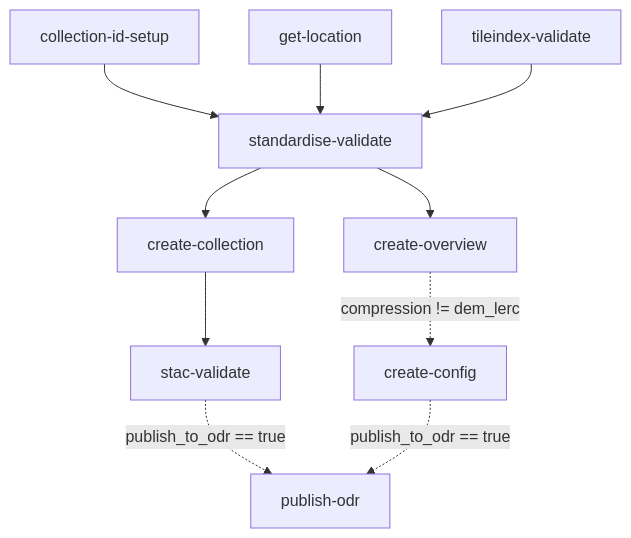
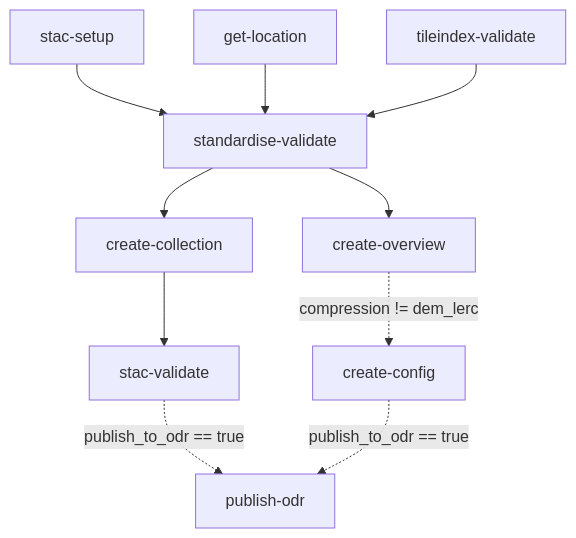
One commit to linz/topo-workflows changed the first of 3 diagrams in workflows/raster/README.md. Above: the diagram before and after it, drawn with Mermaid. The commit also changed other lines of this file and 2 other files, not shown here.

````diff
--- a/workflows/raster/README.md
+++ b/workflows/raster/README.md
@@ -121,10 +121,10 @@
 ```mermaid
 graph TD;
-    collection-id-setup-->standardise-validate;
+    stac-setup-->standardise-validate;
     get-location-->standardise-validate;
     tileindex-validate-->standardise-validate;
     standardise-validate-->create-collection;
     standardise-validate-->create-overview;
     create-collection-->stac-validate-.->|publish_to_odr == true|publish-odr;
     create-overview-.->|compression != dem_lerc|create-config-.->|publish_to_odr == true|publish-odr;
 ```
````
